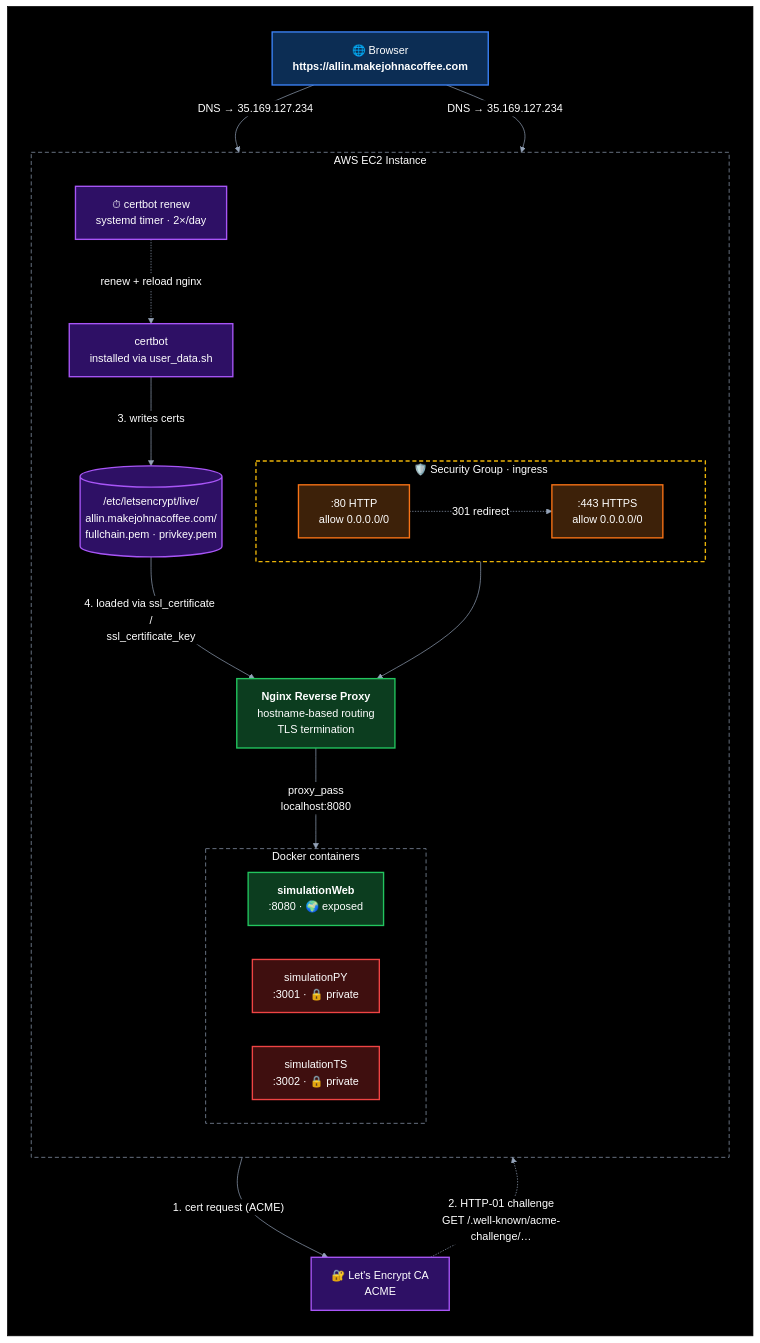
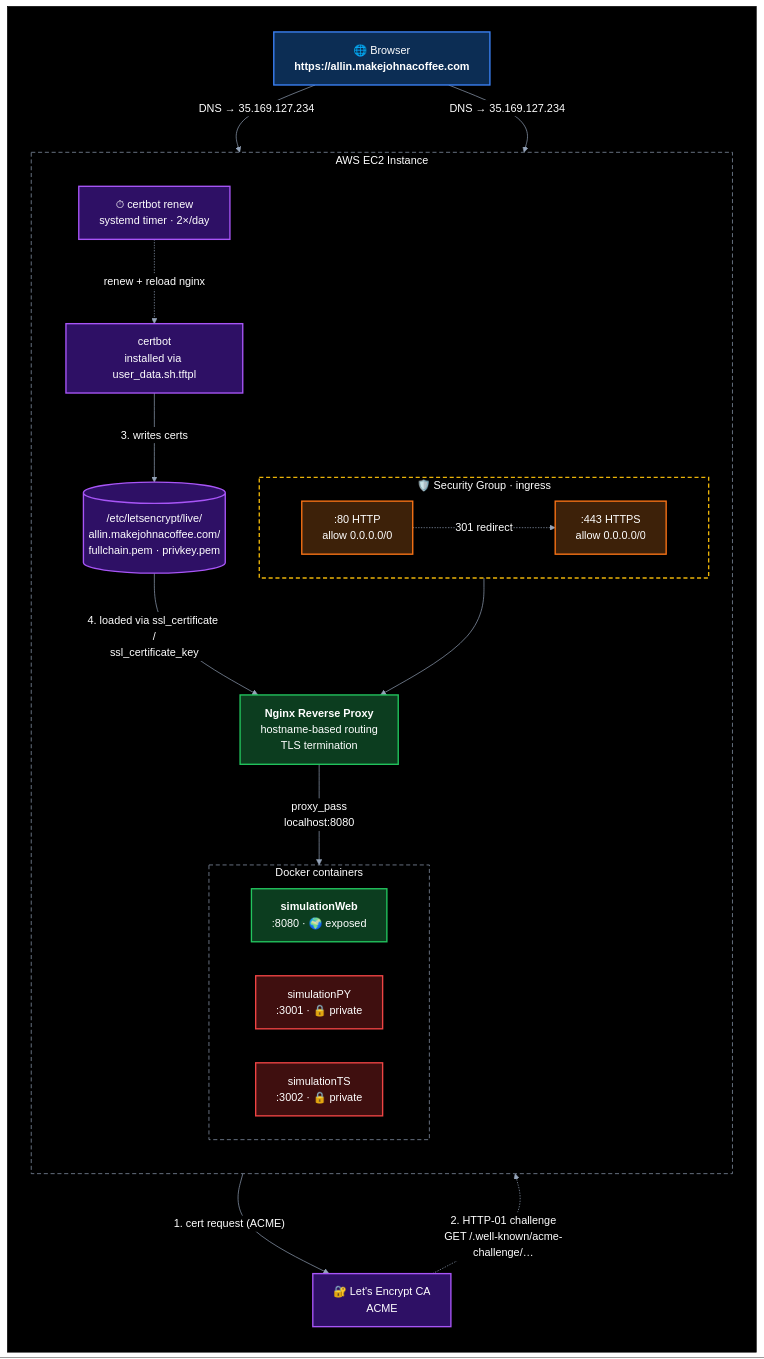
The diagram in README.md (jbframe/big-equity), drawn with Mermaid before and after one commit. The commit also changed 8 other files, not shown here.

````diff
--- a/README.md
+++ b/README.md
@@ -30,62 +30,62 @@
 ```mermaid
 %%{init: {'themeVariables': {'edgeLabelBackground': '#000000'}}}%%
 graph TD
     subgraph BG[" "]
     direction TB
     Client["🌐 Browser<br/><b>https://allin.makejohnacoffee.com</b>"]
     LE["🔐 Let's Encrypt CA<br/>ACME"]
 
     Client -- "DNS → 35.169.127.234" --> Port80
     Client -- "DNS → 35.169.127.234" --> Port443
 
     subgraph EC2["AWS EC2 Instance"]
         direction TB
 
         subgraph SG["🛡️ Security Group · ingress"]
             direction LR
             Port80[":80 HTTP<br/>allow 0.0.0.0/0"]
             Port443[":443 HTTPS<br/>allow 0.0.0.0/0"]
         end
         Port80 -. "301 redirect" .-> Port443
 
         Nginx["<b>Nginx Reverse Proxy</b><br/>hostname-based routing<br/>TLS termination"]
         Port443 --> Nginx
 
-        Certbot["certbot<br/>installed via user_data.sh"]
+        Certbot["certbot<br/>installed via user_data.sh.tftpl"]
         Certs[("/etc/letsencrypt/live/<br/>allin.makejohnacoffee.com/<br/>fullchain.pem · privkey.pem")]
         Timer["⏱ certbot renew<br/>systemd timer · 2×/day"]
 
         subgraph Docker["Docker containers"]
             direction LR
             Web["<b>simulationWeb</b><br/>:8080 · 🌍 exposed"]
             PY["simulationPY<br/>:3001 · 🔒 private"]
             TS["simulationTS<br/>:3002 · 🔒 private"]
         end
 
         Nginx -- "proxy_pass<br/>localhost:8080" --> Web
     end
 
     Certbot -- "1. cert request (ACME)" --> LE
     LE -. "2. HTTP-01 challenge<br/>GET /.well-known/acme-challenge/…" .-> Port80
     Certbot -- "3. writes certs" --> Certs
     Certs -- "4. loaded via ssl_certificate /<br/>ssl_certificate_key" --> Nginx
     Timer -. "renew + reload nginx" .-> Certbot
     end
 
     style BG fill:#000000,stroke:#000000
     style Client fill:#0c2d54,stroke:#3b82f6,stroke-width:2px,color:#ffffff
     style LE fill:#2e1065,stroke:#a855f7,stroke-width:2px,color:#ffffff
     style Port80 fill:#3d2109,stroke:#f97316,stroke-width:2px,color:#ffffff
     style Port443 fill:#3d2109,stroke:#f97316,stroke-width:2px,color:#ffffff
     style Nginx fill:#0c3d1f,stroke:#22c55e,stroke-width:2px,color:#ffffff
     style Web fill:#0c3d1f,stroke:#22c55e,stroke-width:2px,color:#ffffff
     style PY fill:#3f0f0f,stroke:#ef4444,stroke-width:2px,color:#ffffff
     style TS fill:#3f0f0f,stroke:#ef4444,stroke-width:2px,color:#ffffff
     style Certbot fill:#2e1065,stroke:#a855f7,stroke-width:2px,color:#ffffff
     style Certs fill:#2e1065,stroke:#a855f7,stroke-width:2px,color:#ffffff
     style Timer fill:#2e1065,stroke:#a855f7,stroke-width:2px,color:#ffffff
     style EC2 fill:transparent,stroke:#94a3b8,stroke-dasharray:6 4,color:#ffffff
     style SG fill:transparent,stroke:#eab308,stroke-dasharray:6 4,stroke-width:2px,color:#ffffff
     style Docker fill:transparent,stroke:#94a3b8,stroke-dasharray:6 4,color:#ffffff
     linkStyle default stroke:#94a3b8,color:#ffffff
 ```
````
